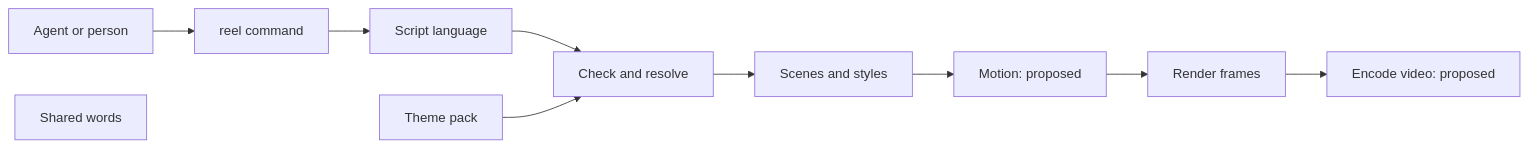
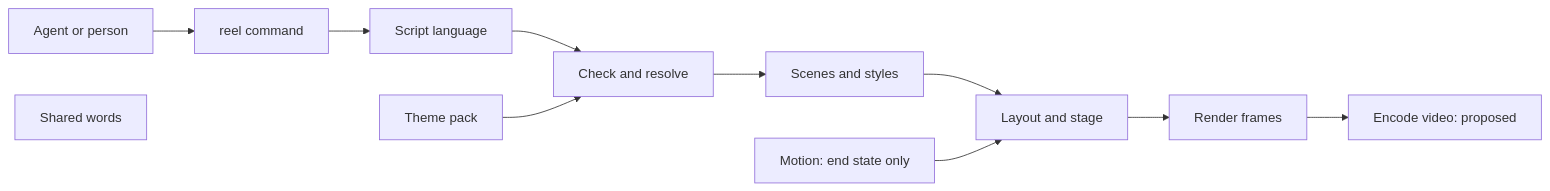
One commit to nessalabs/nessa-video changed the diagram in docs/state/README.md. Above: the diagram before and after it, drawn with Mermaid. The commit also changed other lines of this file and 27 other files, not shown here.

First line of the commit message:
Add layout, stage and reel still; rename module to nessa-video

````diff
--- a/docs/state/README.md
+++ b/docs/state/README.md
@@ -28,12 +31,13 @@
 ```mermaid
 flowchart LR
     Agent[Agent or person] --> CLI[reel command]
     CLI --> Script[Script language]
     Script --> Resolve[Check and resolve]
     Theme[Theme pack] --> Resolve
     Resolve --> Composition[Scenes and styles]
-    Composition --> Motion[Motion: proposed]
-    Motion --> Render[Render frames]
+    Composition --> Stage[Layout and stage]
+    Motion[Motion: end state only] --> Stage
+    Stage --> Render[Render frames]
     Render --> Encode[Encode video: proposed]
     Words[Shared words]
 ```
````
